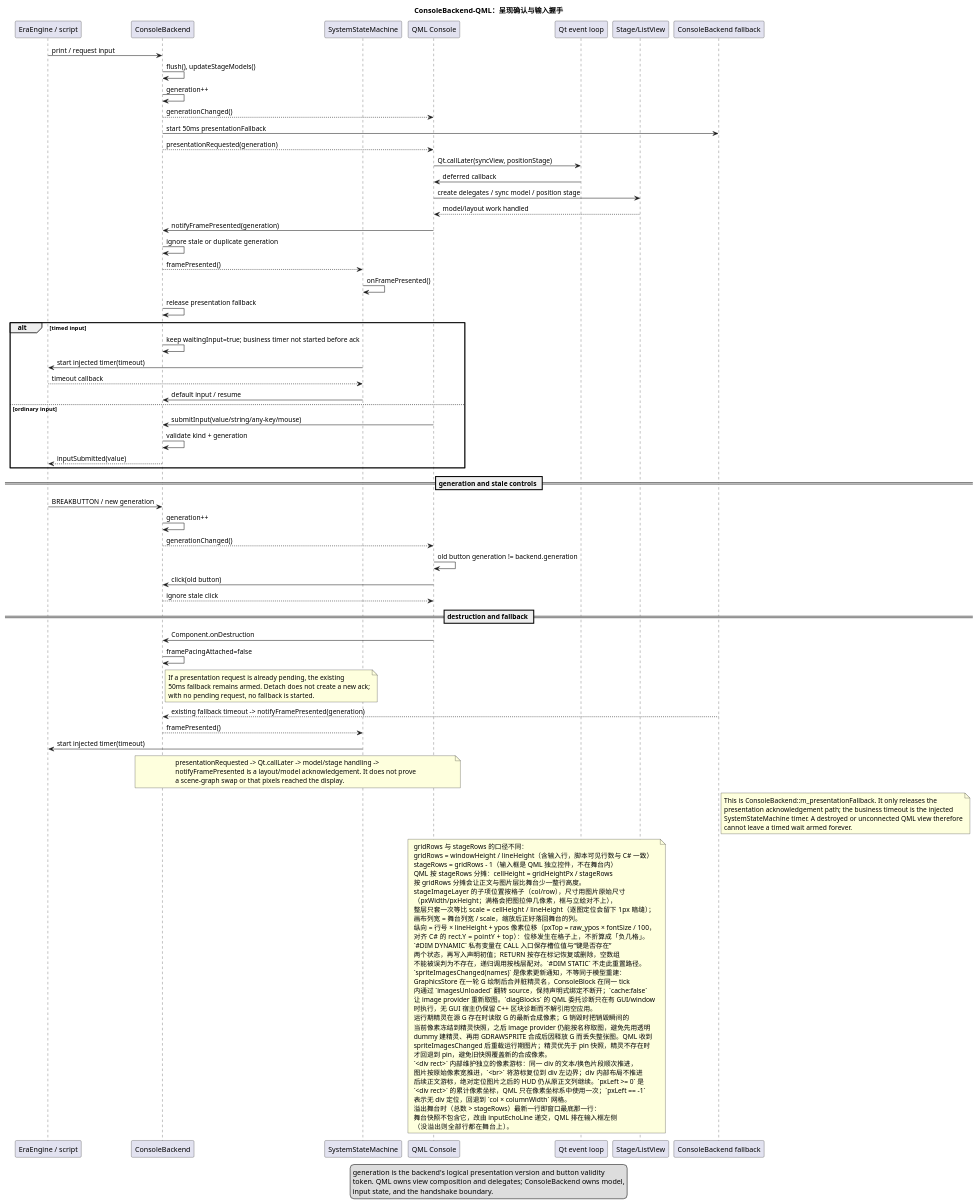
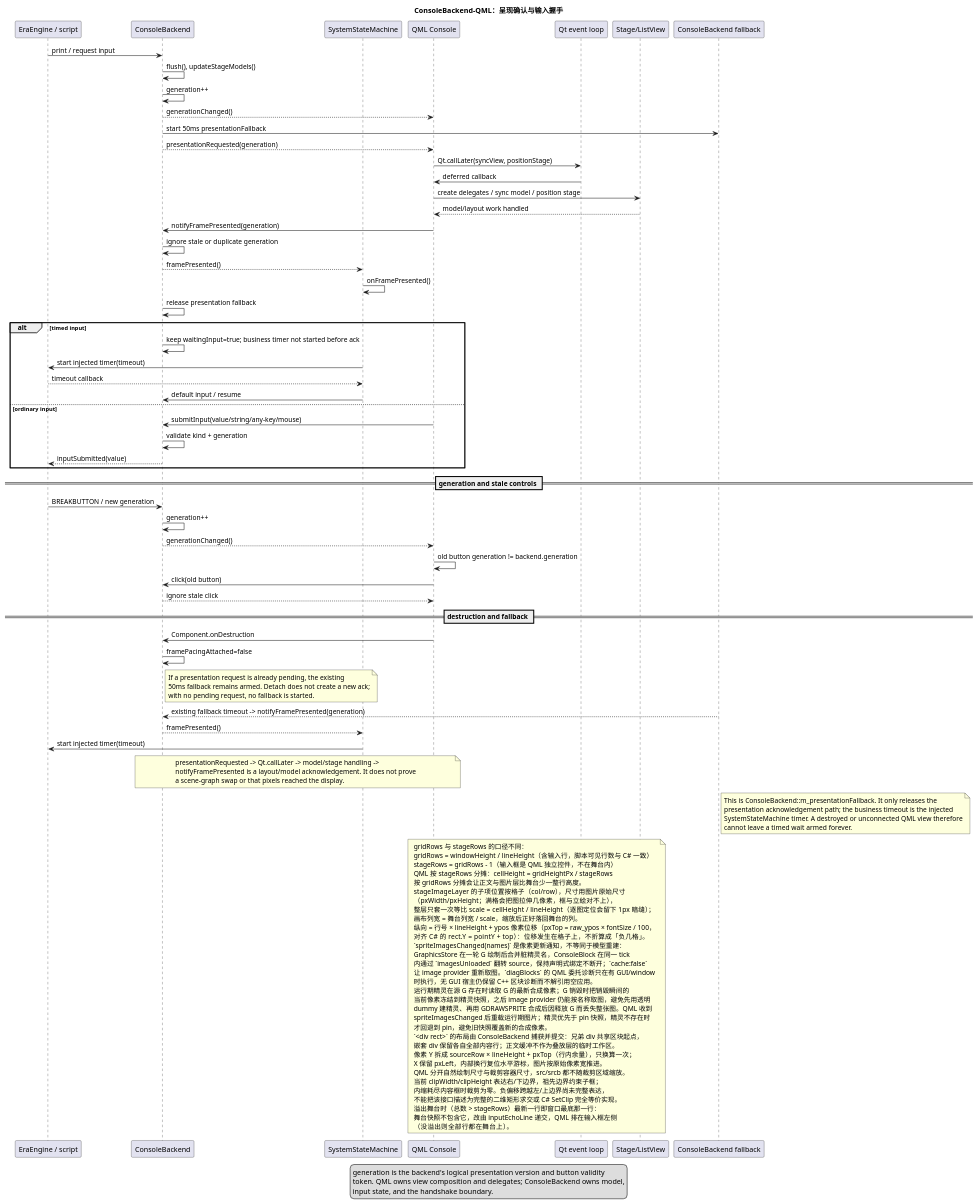
The diagram in docs/uml/15-console-qml-handshake.puml (yigekuyou/qt-eraemu), drawn with PlantUML before and after one commit. The commit also changed 11 other files, not shown here.

```diff
--- a/docs/uml/15-console-qml-handshake.puml
+++ b/docs/uml/15-console-qml-handshake.puml
@@ -1,117 +1,117 @@
 @startuml 15-console-qml-handshake
 !pragma layout smetana
 ' ConsoleBackend 与 QML 的 presentation/input 握手。
 ' 来源：GameView/console_backend.h/.cpp, qml/Console.qml, qml/ConsoleBlock.qml
 
 title ConsoleBackend-QML：呈现确认与输入握手
 
 participant "EraEngine / script" as E
 participant "ConsoleBackend" as B
 participant "SystemStateMachine" as S
 participant "QML Console" as C
 participant "Qt event loop" as Qt
 participant "Stage/ListView" as V
 participant "ConsoleBackend fallback" as F
 
 E -> B : print / request input
 B -> B : flush(), updateStageModels()
 B -> B : generation++
 B --> C : generationChanged()
 B -> F : start 50ms presentationFallback
 B --> C : presentationRequested(generation)
 C -> Qt : Qt.callLater(syncView, positionStage)
 Qt -> C : deferred callback
 C -> V : create delegates / sync model / position stage
 V --> C : model/layout work handled
 C -> B : notifyFramePresented(generation)
 B -> B : ignore stale or duplicate generation
 B --> S : framePresented()
 S -> S : onFramePresented()
 B -> B : release presentation fallback
 
 alt timed input
   B -> B : keep waitingInput=true; business timer not started before ack
   S -> E : start injected timer(timeout)
   E --> S : timeout callback
   S -> B : default input / resume
 else ordinary input
   C -> B : submitInput(value/string/any-key/mouse)
   B -> B : validate kind + generation
   B --> E : inputSubmitted(value)
 end
 
 == generation and stale controls ==
 E -> B : BREAKBUTTON / new generation
 B -> B : generation++
 B --> C : generationChanged()
 C -> C : old button generation != backend.generation
 C -> B : click(old button)
 B --> C : ignore stale click
 
 == destruction and fallback ==
 C -> B : Component.onDestruction
 B -> B : framePacingAttached=false
 note right of B
   If a presentation request is already pending, the existing
   50ms fallback remains armed. Detach does not create a new ack;
   with no pending request, no fallback is started.
 end note
 F --> B : existing fallback timeout -> notifyFramePresented(generation)
 B --> S : framePresented()
 S -> E : start injected timer(timeout)
 
 note over B,C
   presentationRequested -> Qt.callLater -> model/stage handling ->
   notifyFramePresented is a layout/model acknowledgement. It does not prove
   a scene-graph swap or that pixels reached the display.
 end note
 
 note right of F
   This is ConsoleBackend::m_presentationFallback. It only releases the
   presentation acknowledgement path; the business timeout is the injected
   SystemStateMachine timer. A destroyed or unconnected QML view therefore
   cannot leave a timed wait armed forever.
 end note
 
 
 note over C,V
   gridRows 与 stageRows 的口径不同：
   gridRows  = windowHeight / lineHeight（含输入行，脚本可见行数与 C# 一致）
   stageRows = gridRows - 1（输入框是 QML 独立控件，不在舞台内）
   QML 按 stageRows 分摊：cellHeight = gridHeightPx / stageRows
   按 gridRows 分摊会让正文与图片层比舞台少一整行高度。
   stageImageLayer 的子项位置按格子（col/row），尺寸用图片原始尺寸
   （pxWidth/pxHeight；满格会把图拉伸几像素，框与立絵对不上），
   整层只套一次等比 scale = cellHeight / lineHeight（逐图定位会留下 1px 暗缝）；
   画布列宽 = 舞台列宽 / scale，缩放后正好落回舞台的列。
   纵向 = 行号 × lineHeight + ypos 像素位移（pxTop = raw_ypos × fontSize / 100，
   对齐 C# 的 rect.Y = pointY + top）：位移发生在格子上，不折算成「负几格」。
-  `#DIM DYNAMIC` 私有变量在 CALL 入口保存槽位值与“键是否存在”
-  两个状态，再写入声明初值；RETURN 按存在标记恢复或删除，空数组
-  不能被误判为不存在，递归调用按栈层配对。`#DIM STATIC` 不走此重置路径。
   `spriteImagesChanged(names)` 是像素更新通知，不等同于模型重建：
   GraphicsStore 在一轮 G 绘制后合并脏精灵名，ConsoleBlock 在同一 tick
   内通过 `imagesUnloaded` 翻转 source，保持声明式绑定不断开；`cache:false`
   让 image provider 重新取图。`diagBlocks` 的 QML 委托诊断只在有 GUI/window
   时执行，无 GUI 宿主仍保留 C++ 区块诊断而不解引用空应用。
   运行期精灵在源 G 存在时读取 G 的最新合成像素；G 销毁时把销毁瞬间的
   当前像素冻结到精灵快照，之后 image provider 仍能按名称取图，避免先用透明
   dummy 建精灵、再用 GDRAWSPRITE 合成后因释放 G 而丢失整张图。QML 收到
   spriteImagesChanged 后重载运行期图片；精灵优先于 pin 快照，精灵不存在时
   才回退到 pin，避免旧快照覆盖新的合成像素。
-  `<div rect>` 内部维护独立的像素游标：同一 div 的文本/换色片段顺次推进，
-  图片按原始像素宽推进，`<br>` 将游标复位到 div 左边界；div 内部布局不推进
-  后续正文游标，绝对定位图片之后的 HUD 仍从原正文列继续。`pxLeft >= 0` 是
-  `<div rect>` 的累计像素坐标，QML 只在像素坐标系中使用一次；`pxLeft == -1`
-  表示无 div 定位，回退到 `col × columnWidth` 网格。
+  `<div rect>` 的布局由 ConsoleBackend 捕获并提交：兄弟 div 共享区块起点，
+  嵌套 div 保留各自全部内容行；正文缓冲不作为叠放层的临时工作区。
+  像素 Y 拆成 sourceRow × lineHeight + pxTop（行内余量），只换算一次；
+  X 保留 pxLeft，内部换行复位水平游标，图片按原始像素宽推进。
+  QML 分开自然绘制尺寸与裁剪容器尺寸，src/srcb 都不随裁剪区域缩放。
+  当前 clipWidth/clipHeight 表达右/下边界，祖先边界约束子框；
+  内缩耗尽内容框时裁剪为零。负偏移跨越左/上边界尚未完整表达，
+  不能把该接口描述为完整的二维矩形求交或 C# SetClip 完全等价实现。
   溢出舞台时（总数 > stageRows）最新一行即窗口最底那一行：
   舞台快照不包含它，改由 inputEchoLine 递交，QML 排在输入框左侧
   （没溢出则全部行都在舞台上）。
 end note
 
 legend bottom
   generation is the backend's logical presentation version and button validity
   token. QML owns view composition and delegates; ConsoleBackend owns model,
   input state, and the handshake boundary.
 endlegend
 @enduml
```
